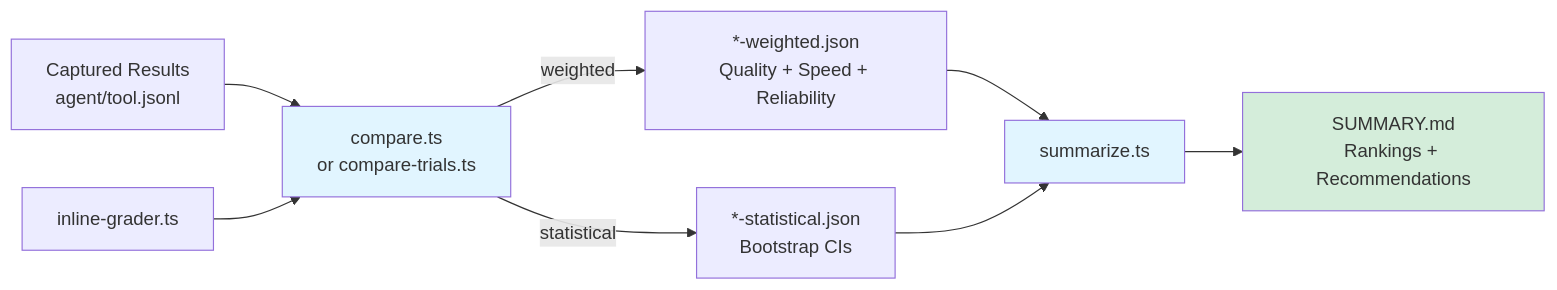
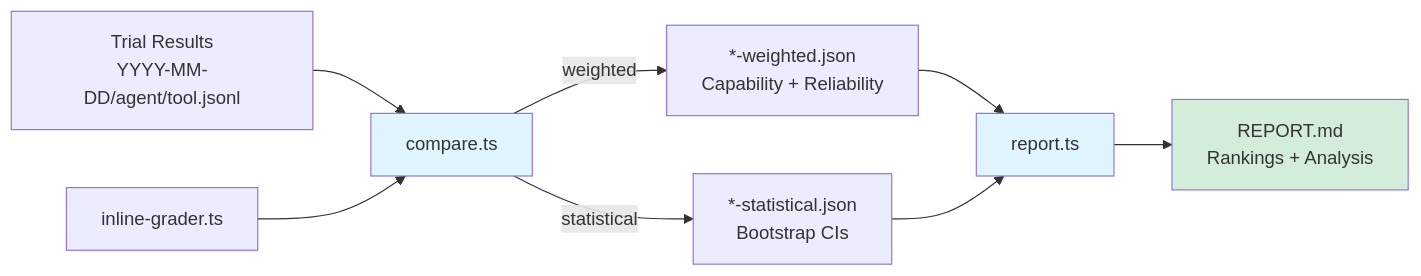
The second of 2 diagrams in README.md (youdotcom-oss/web-search-agent-evals), drawn with Mermaid before and after one commit. The commit also changed other lines of this file and 139 other files, not shown here.

````diff
--- a/README.md
+++ b/README.md
@@ -34,17 +34,17 @@
 ```mermaid
 flowchart LR
-    Results[Captured Results<br/>agent/tool.jsonl] --> Compare[compare.ts<br/>or compare-trials.ts]
+    Results[Trial Results<br/>YYYY-MM-DD/agent/tool.jsonl] --> Compare[compare.ts]
     Grader[inline-grader.ts] --> Compare
 
-    Compare -->|weighted| Weighted[*-weighted.json<br/>Quality + Speed + Reliability]
+    Compare -->|weighted| Weighted[*-weighted.json<br/>Capability + Reliability]
     Compare -->|statistical| Statistical[*-statistical.json<br/>Bootstrap CIs]
 
-    Weighted --> Summarize[summarize.ts]
-    Statistical --> Summarize
+    Weighted --> Report[report.ts]
+    Statistical --> Report
 
-    Summarize --> Summary[SUMMARY.md<br/>Rankings + Recommendations]
+    Report --> REPORT[REPORT.md<br/>Rankings + Analysis]
 
     style Compare fill:#e1f5ff
-    style Summarize fill:#e1f5ff
-    style Summary fill:#d4edda
+    style Report fill:#e1f5ff
+    style REPORT fill:#d4edda
 ```
````
